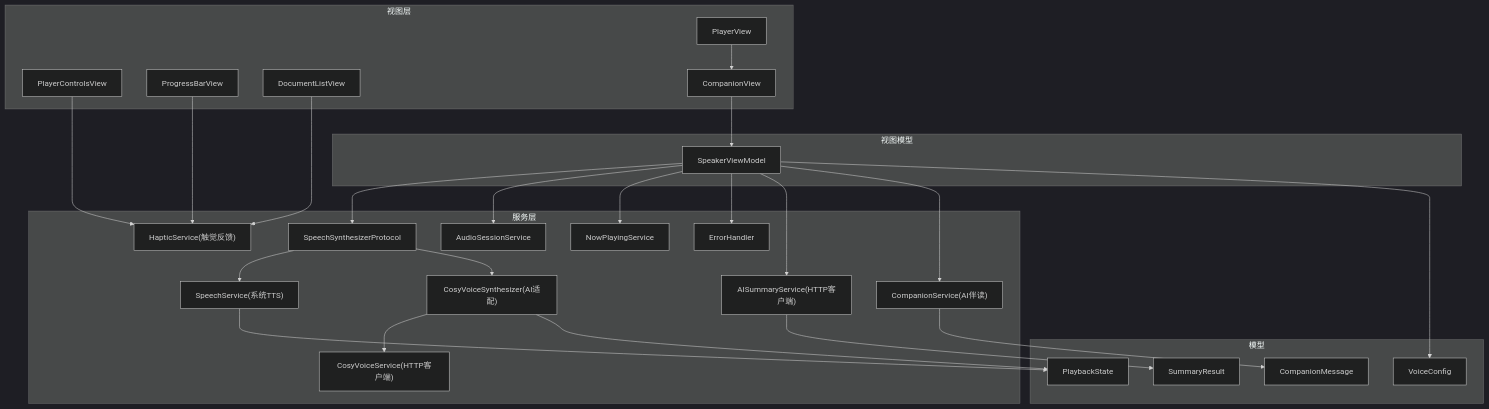
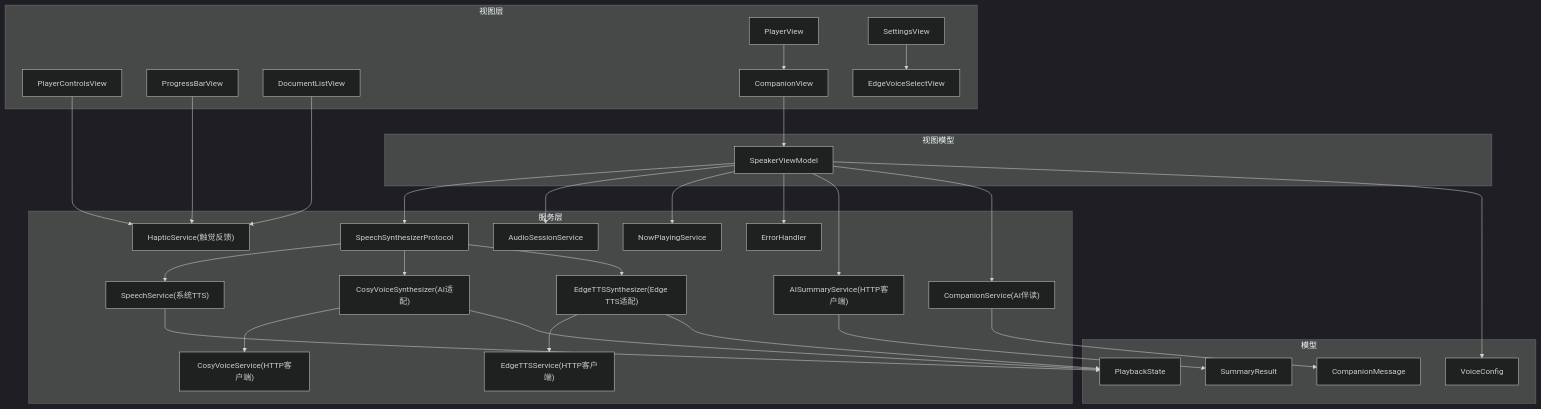
One commit to Primoguo/VoiceReader changed the first of 10 diagrams in .qoder/repowiki/zh/content/架构设计/服务层设计/服务层设计.md. Above: the diagram before and after it, drawn with Mermaid (dark theme). The commit also changed other lines of this file and 29 other files, not shown here.

````diff
--- a/.qoder/repowiki/zh/content/架构设计/服务层设计/服务层设计.md
+++ b/.qoder/repowiki/zh/content/架构设计/服务层设计/服务层设计.md
@@ -52,50 +58,58 @@
 ```mermaid
 graph TB
 subgraph "视图模型"
 VM["SpeakerViewModel"]
 end
 subgraph "服务层"
 P["SpeechSynthesizerProtocol"]
 S["SpeechService(系统TTS)"]
 CS["CosyVoiceSynthesizer(AI适配)"]
 CV["CosyVoiceService(HTTP客户端)"]
+ETS["EdgeTTSSynthesizer(Edge TTS适配)"]
+EES["EdgeTTSService(HTTP客户端)"]
 AIS["AISummaryService(HTTP客户端)"]
 COMP["CompanionService(AI伴读)"]
 HS["HapticService(触觉反馈)"]
 AS["AudioSessionService"]
 NP["NowPlayingService"]
 EH["ErrorHandler"]
 end
 subgraph "模型"
 PS["PlaybackState"]
 VC["VoiceConfig"]
 SR["SummaryResult"]
 CM["CompanionMessage"]
 end
 subgraph "视图层"
 PCV["PlayerControlsView"]
 PBV["ProgressBarView"]
 DLV["DocumentListView"]
 CVW["CompanionView"]
 PV["PlayerView"]
+SV["SettingsView"]
+EVSV["EdgeVoiceSelectView"]
 end
 VM --> P
 VM --> AS
 VM --> NP
 VM --> EH
 VM --> AIS
 VM --> COMP
 P --> S
 P --> CS
+P --> ETS
 CS --> CV
+ETS --> EES
 S --> PS
 CS --> PS
+ETS --> PS
 VM --> VC
 AIS --> SR
 COMP --> CM
 PCV --> HS
 PBV --> HS
 DLV --> HS
 CVW --> VM
 PV --> CVW
+SV --> EVSV
 ```
````
